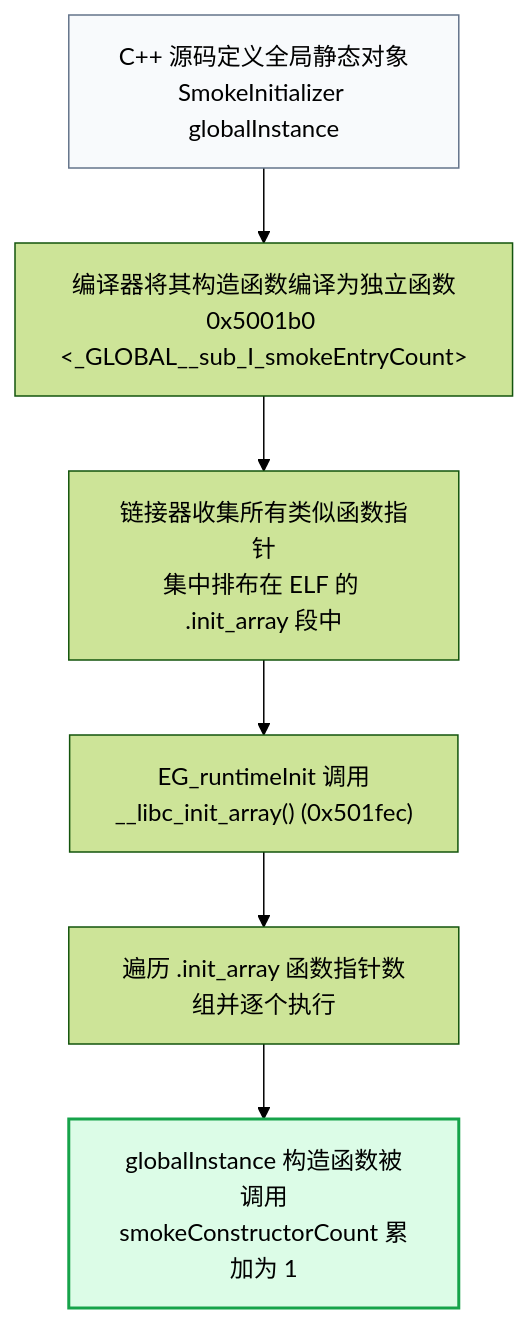
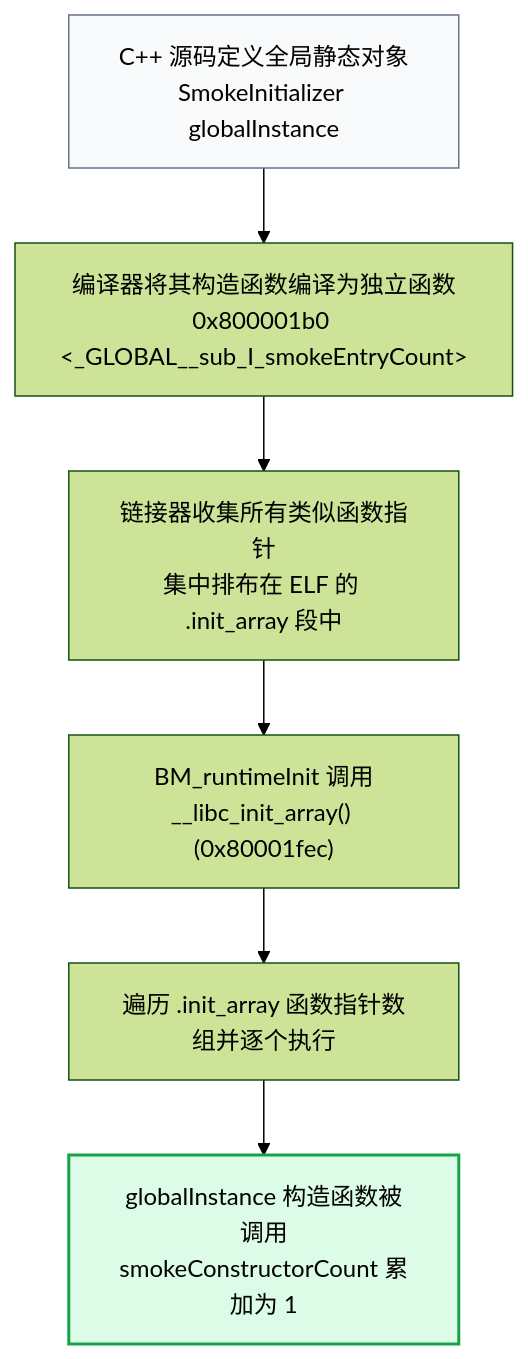
One commit to hqu-little-boy/blog changed the seventh of 13 diagrams in src/content/posts/riscv-baremetal-boot-and-runtime-bringup-guide.md. Above: the diagram before and after it, drawn with Mermaid (forest theme). The commit also changed other lines of this file and 3 other files, not shown here.

Commit message:
feat(diagrams): support in-place source code toggle and character-level text selection

````diff
--- a/src/content/posts/riscv-baremetal-boot-and-runtime-bringup-guide.md
+++ b/src/content/posts/riscv-baremetal-boot-and-runtime-bringup-guide.md
@@ -430,11 +430,11 @@
 ```mermaid
 flowchart TD
-    Src["C++ 源码定义全局静态对象\nSmokeInitializer globalInstance"] --> Comp["编译器将其构造函数编译为独立函数\n0x5001b0 <_GLOBAL__sub_I_smokeEntryCount>"]
+    Src["C++ 源码定义全局静态对象\nSmokeInitializer globalInstance"] --> Comp["编译器将其构造函数编译为独立函数\n0x800001b0 <_GLOBAL__sub_I_smokeEntryCount>"]
     Comp --> Link["链接器收集所有类似函数指针\n集中排布在 ELF 的 .init_array 段中"]
-    Link --> Run["EG_runtimeInit 调用\n__libc_init_array() (0x501fec)"]
+    Link --> Run["BM_runtimeInit 调用\n__libc_init_array() (0x80001fec)"]
     Run --> Loop["遍历 .init_array 函数指针数组并逐个执行"]
     Loop --> Done["globalInstance 构造函数被调用\nsmokeConstructorCount 累加为 1"]
 
     style Src fill:#f8fafc,stroke:#64748b;
     style Done fill:#dcfce7,stroke:#16a34a,stroke-width:2px;
 ```
````
